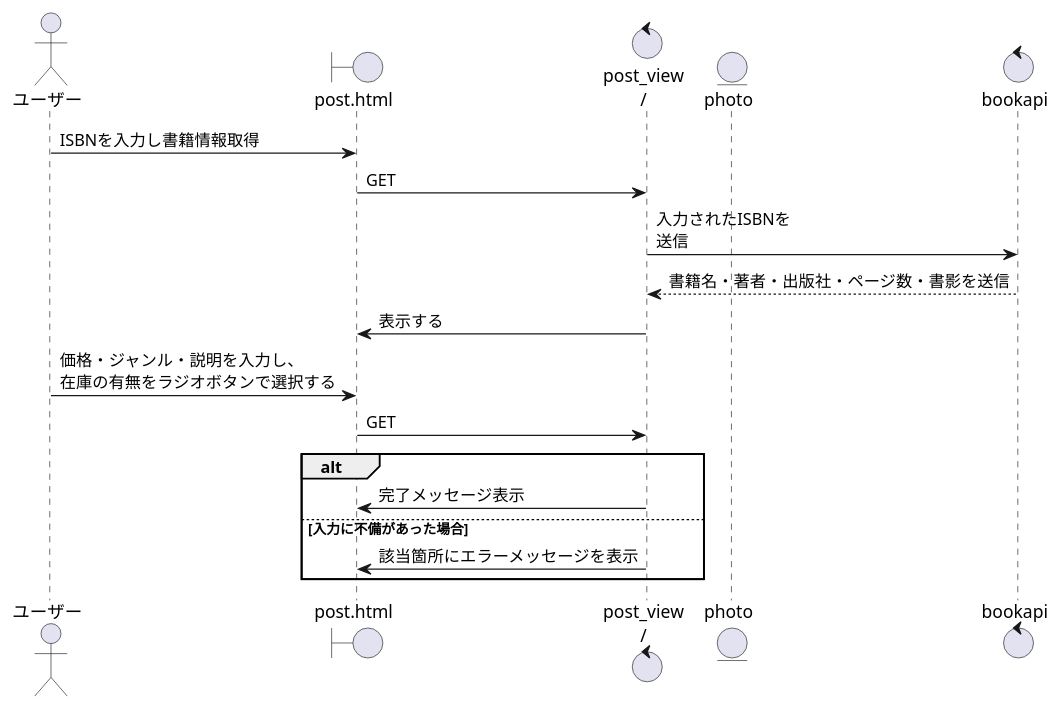
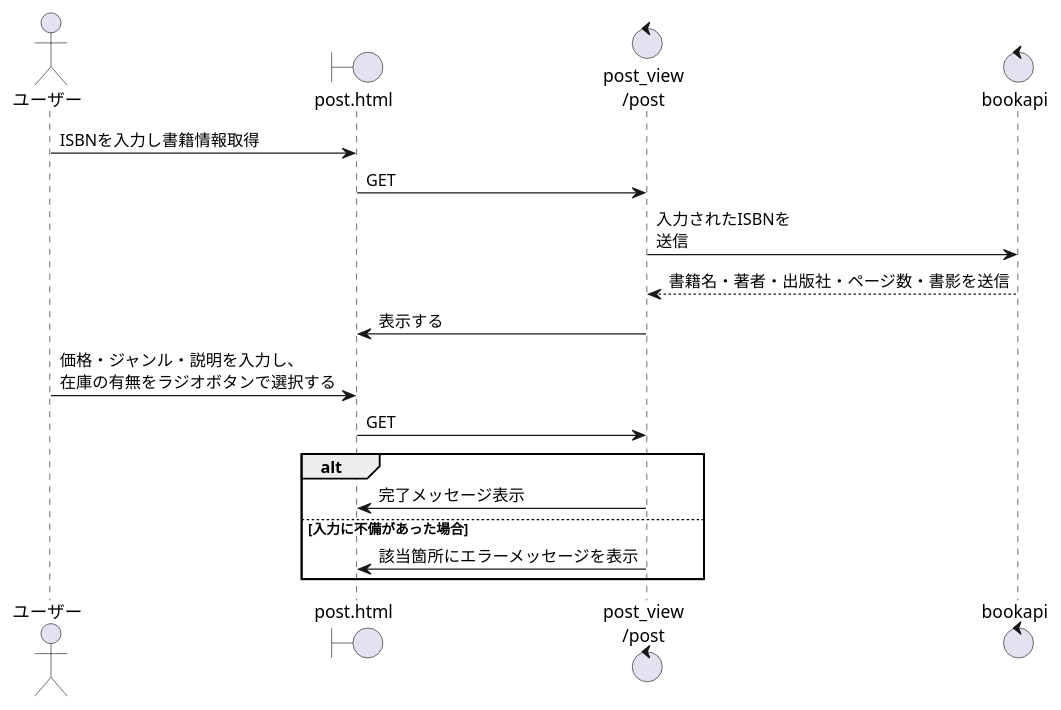
Before and after one commit to RK0309-art/gith_full_course: the fifth of 14 diagrams in シーケンス図_書籍検索システム_django.puml, drawn with PlantUML. The commit also changed other lines of this file, not shown here.

```diff
--- a/シーケンス図_書籍検索システム_django.puml
+++ b/シーケンス図_書籍検索システム_django.puml
@@ -77,26 +77,25 @@
 @startuml 書籍を追加する
 
 actor ユーザー as U
 boundary "post.html" as PH
-control "post_view\n/" as PV
-entity "photo" as P
+control "post_view\n/post" as PV
 control  "bookapi" as BA
 
 U -> PH : ISBNを入力し書籍情報取得
 PH -> PV : GET
 PV -> BA : 入力されたISBNを\n送信
 BA --> PV : 書籍名・著者・出版社・ページ数・書影を送信
 PV -> PH :表示する
 U -> PH  : 価格・ジャンル・説明を入力し、\n在庫の有無をラジオボタンで選択する
 PH -> PV :GET 
 alt 
 PV ->  PH :完了メッセージ表示
 else 入力に不備があった場合
 PV -> PH : 該当箇所にエラーメッセージを表示 
 end
 
 
 
 
 
 @enduml
```
